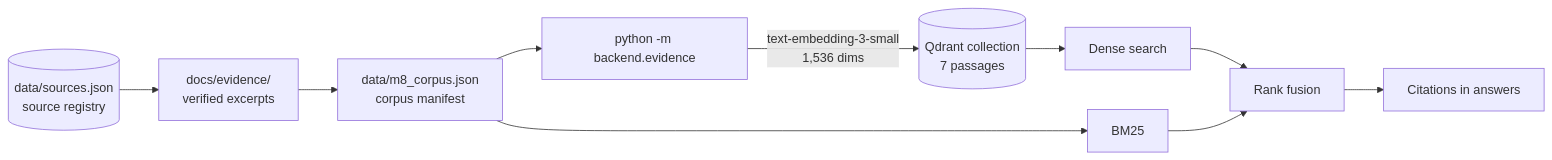
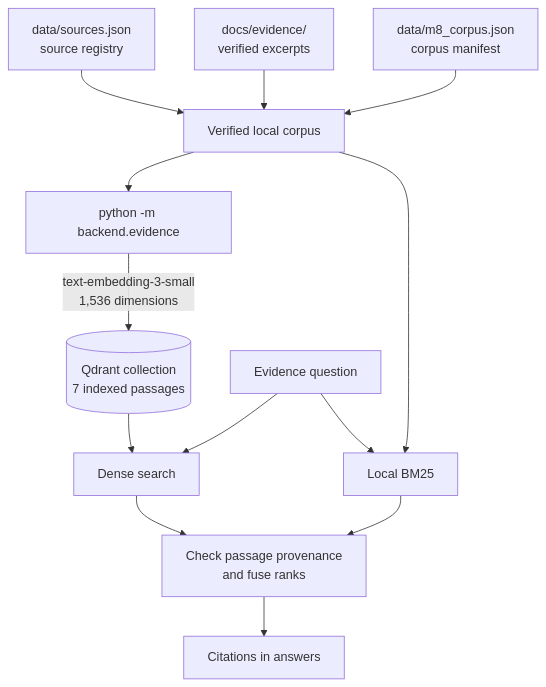
The fourth of 4 diagrams in README.md (omarfh111/MIZUHO), drawn with Mermaid before and after one commit. The commit also changed other lines of this file, not shown here.

Commit message:
Align the four README diagrams with the connected app

````diff
--- a/README.md
+++ b/README.md
@@ -126,11 +142,17 @@
 ```mermaid
-flowchart LR
-  reg[("data/sources.json<br/>source registry")] --> ex["docs/evidence/<br/>verified excerpts"]
-  ex --> man["data/m8_corpus.json<br/>corpus manifest"]
-  man --> ingest["python -m backend.evidence"]
-  ingest -->|"text-embedding-3-small<br/>1,536 dims"| qd[("Qdrant collection<br/>7 passages")]
+flowchart TD
+  accTitle: Evidence ingestion and hybrid retrieval
+  accDescr: Verified excerpts and source metadata supply the Qdrant dense index and local BM25. Search fuses both rankings and checks provenance before citing passages.
+  reg["data/sources.json<br/>source registry"] --> corpus["Verified local corpus"]
+  ex["docs/evidence/<br/>verified excerpts"] --> corpus
+  man["data/m8_corpus.json<br/>corpus manifest"] --> corpus
+  corpus --> ingest["python -m backend.evidence"]
+  ingest -->|"text-embedding-3-small<br/>1,536 dimensions"| qd[("Qdrant collection<br/>7 indexed passages")]
   qd --> dense["Dense search"]
-  man --> bm25["BM25"]
-  dense & bm25 --> fuse["Rank fusion"]
+  corpus --> bm25["Local BM25"]
+  query["Evidence question"] --> dense
+  query --> bm25
+  dense --> fuse["Check passage provenance<br/>and fuse ranks"]
+  bm25 --> fuse
   fuse --> cite["Citations in answers"]
 ```
````
